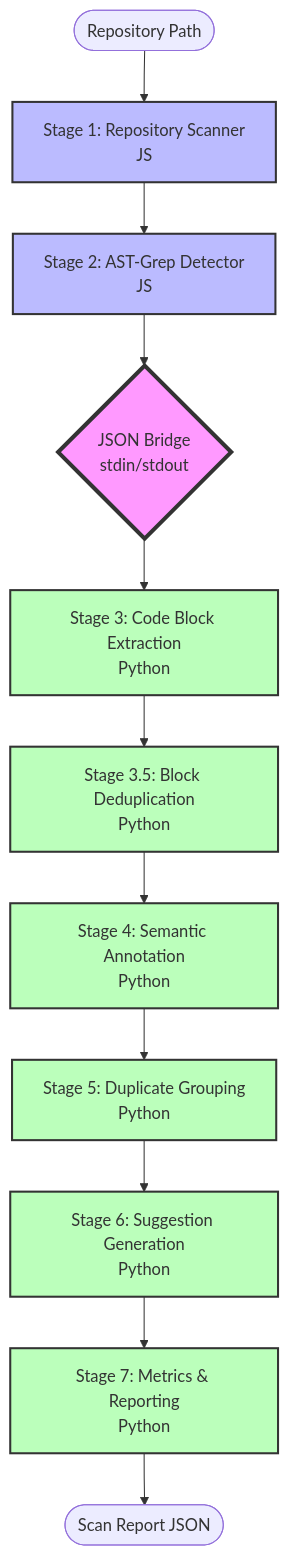
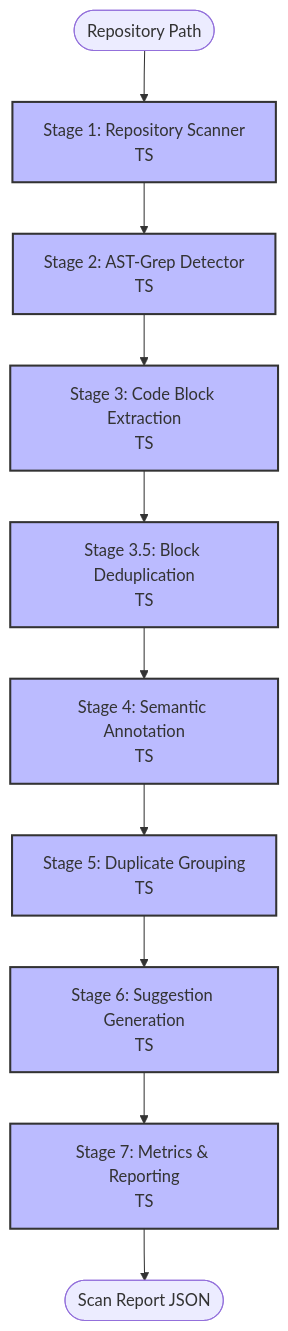
Before and after one commit to integritystudio/AlephAuto: the second of 13 diagrams in docs/architecture/pipeline-data-flow.md, drawn with Mermaid. The commit also changed other lines of this file and 1 other file, not shown here.

Commit message:
docs: update architecture docs for Python-to-TypeScript pipeline migration
Update file references and language stack descriptions to reflect that
the duplicate detection pipeline now runs entirely in TypeScript.

````diff
--- a/docs/architecture/pipeline-data-flow.md
+++ b/docs/architecture/pipeline-data-flow.md
@@ -122,23 +122,21 @@
 ```mermaid
 graph TB
-    Start([Repository Path]) --> S1[Stage 1: Repository Scanner<br/>JS]
-    S1 --> S2[Stage 2: AST-Grep Detector<br/>JS]
-    S2 --> Bridge{JSON Bridge<br/>stdin/stdout}
-    Bridge --> S3[Stage 3: Code Block Extraction<br/>Python]
-    S3 --> S3_5[Stage 3.5: Block Deduplication<br/>Python]
-    S3_5 --> S4[Stage 4: Semantic Annotation<br/>Python]
-    S4 --> S5[Stage 5: Duplicate Grouping<br/>Python]
-    S5 --> S6[Stage 6: Suggestion Generation<br/>Python]
-    S6 --> S7[Stage 7: Metrics & Reporting<br/>Python]
+    Start([Repository Path]) --> S1[Stage 1: Repository Scanner<br/>TS]
+    S1 --> S2[Stage 2: AST-Grep Detector<br/>TS]
+    S2 --> S3[Stage 3: Code Block Extraction<br/>TS]
+    S3 --> S3_5[Stage 3.5: Block Deduplication<br/>TS]
+    S3_5 --> S4[Stage 4: Semantic Annotation<br/>TS]
+    S4 --> S5[Stage 5: Duplicate Grouping<br/>TS]
+    S5 --> S6[Stage 6: Suggestion Generation<br/>TS]
+    S6 --> S7[Stage 7: Metrics & Reporting<br/>TS]
     S7 --> End([Scan Report JSON])
 
-    style Bridge fill:#f9f,stroke:#333,stroke-width:4px
     style S1 fill:#bbf,stroke:#333,stroke-width:2px
     style S2 fill:#bbf,stroke:#333,stroke-width:2px
-    style S3 fill:#bfb,stroke:#333,stroke-width:2px
-    style S3_5 fill:#bfb,stroke:#333,stroke-width:2px
-    style S4 fill:#bfb,stroke:#333,stroke-width:2px
-    style S5 fill:#bfb,stroke:#333,stroke-width:2px
-    style S6 fill:#bfb,stroke:#333,stroke-width:2px
-    style S7 fill:#bfb,stroke:#333,stroke-width:2px
+    style S3 fill:#bbf,stroke:#333,stroke-width:2px
+    style S3_5 fill:#bbf,stroke:#333,stroke-width:2px
+    style S4 fill:#bbf,stroke:#333,stroke-width:2px
+    style S5 fill:#bbf,stroke:#333,stroke-width:2px
+    style S6 fill:#bbf,stroke:#333,stroke-width:2px
+    style S7 fill:#bbf,stroke:#333,stroke-width:2px
 ```
````
